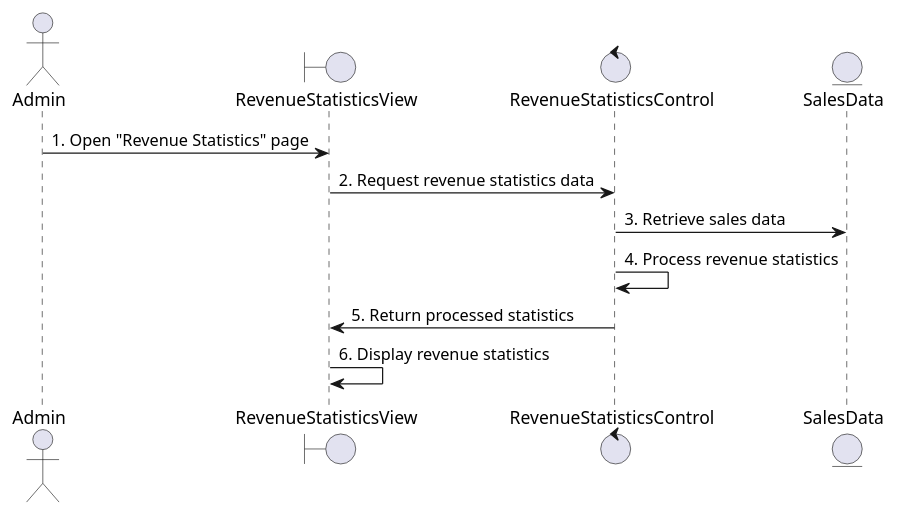
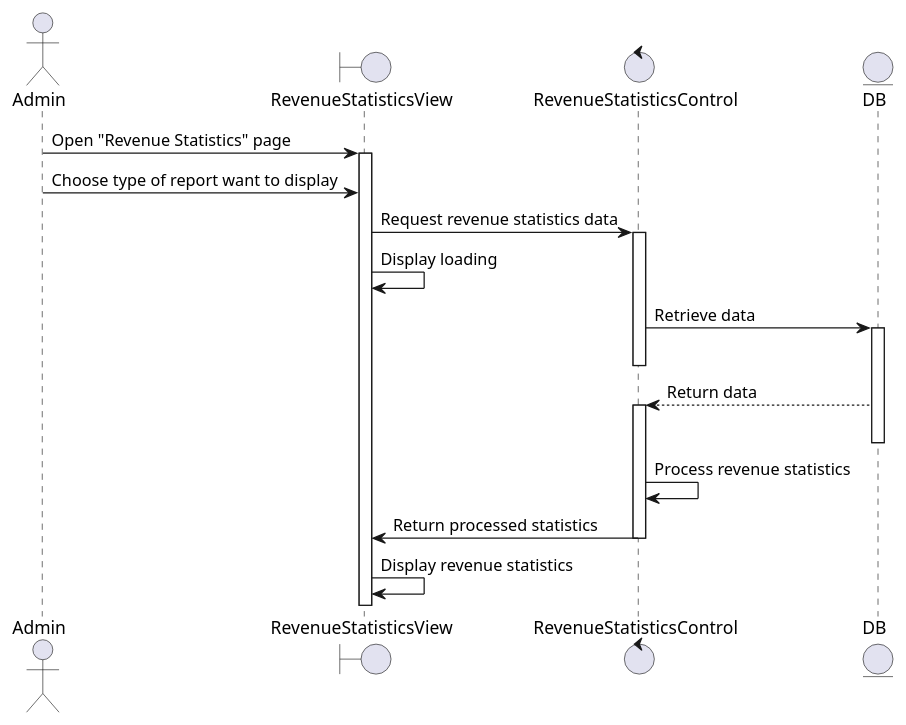
One commit to phamnhutdanh/SE357-Pratice-class changed the diagram in Lab 1/Lab 1.2/sequence_diagram/seqRevenueStatistics.plantuml. Above: the diagram before and after it, drawn with PlantUML. The commit also changed 19 other files, not shown here.

```diff
--- a/Lab 1/Lab 1.2/sequence_diagram/seqRevenueStatistics.plantuml
+++ b/Lab 1/Lab 1.2/sequence_diagram/seqRevenueStatistics.plantuml
@@ -1,15 +1,30 @@
 @startuml
 
 actor Admin
 boundary RevenueStatisticsView
 control RevenueStatisticsControl
-entity SalesData
+entity DB
 
-Admin -> RevenueStatisticsView: 1. Open "Revenue Statistics" page
-RevenueStatisticsView -> RevenueStatisticsControl: 2. Request revenue statistics data
-RevenueStatisticsControl -> SalesData: 3. Retrieve sales data
-RevenueStatisticsControl -> RevenueStatisticsControl: 4. Process revenue statistics
-RevenueStatisticsControl -> RevenueStatisticsView: 5. Return processed statistics
-RevenueStatisticsView -> RevenueStatisticsView: 6. Display revenue statistics
+Admin -> RevenueStatisticsView: Open "Revenue Statistics" page
+activate RevenueStatisticsView
+Admin -> RevenueStatisticsView: Choose type of report want to display
+RevenueStatisticsView -> RevenueStatisticsControl: Request revenue statistics data
+activate RevenueStatisticsControl
+RevenueStatisticsView -> RevenueStatisticsView: Display loading
+
+
+RevenueStatisticsControl -> DB: Retrieve data
+activate DB
+deactivate RevenueStatisticsControl
+
+DB --> RevenueStatisticsControl: Return data
+activate RevenueStatisticsControl
+deactivate DB
+
+RevenueStatisticsControl -> RevenueStatisticsControl: Process revenue statistics
+RevenueStatisticsControl -> RevenueStatisticsView: Return processed statistics
+deactivate RevenueStatisticsControl
+
+RevenueStatisticsView -> RevenueStatisticsView: Display revenue statistics
 
 @enduml
```
